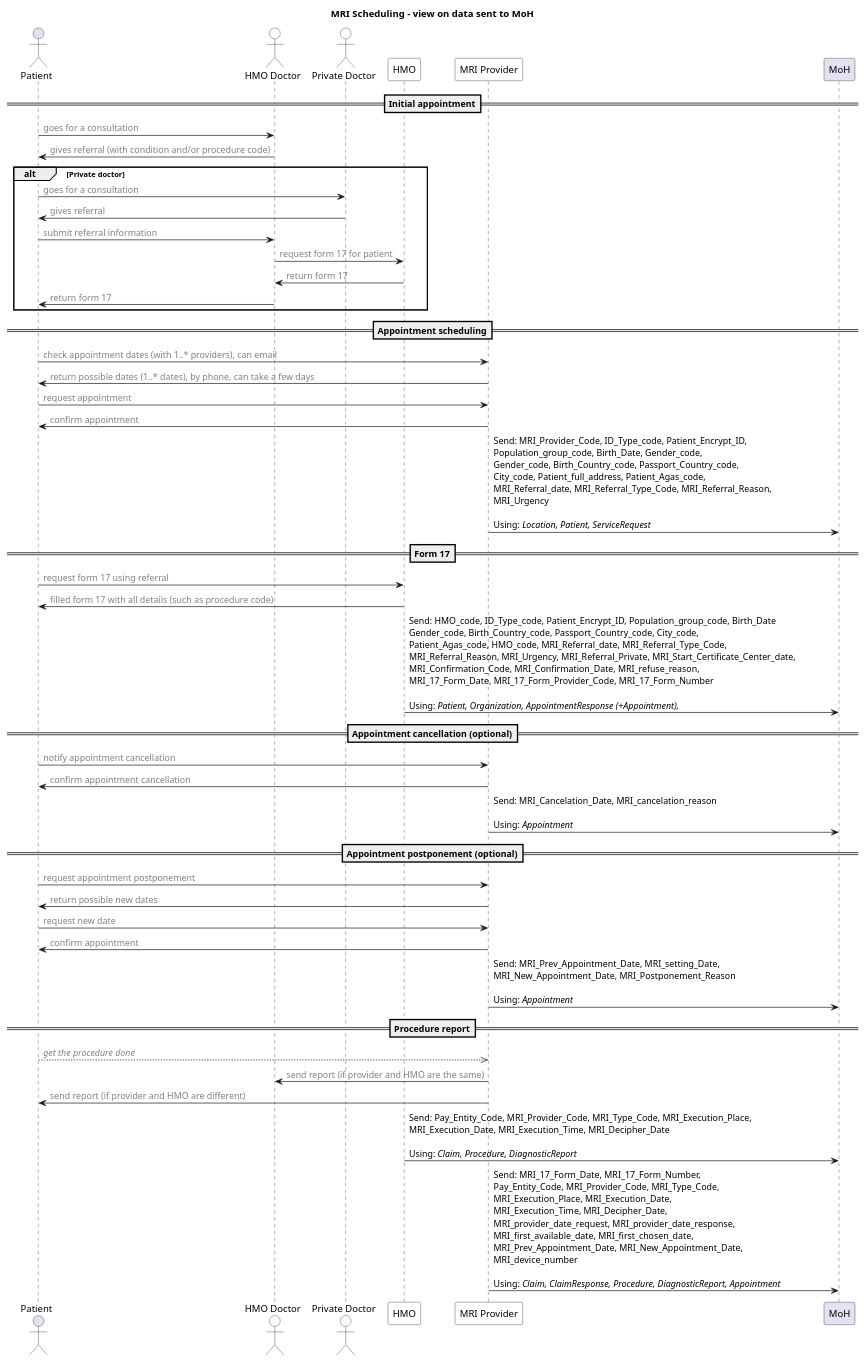
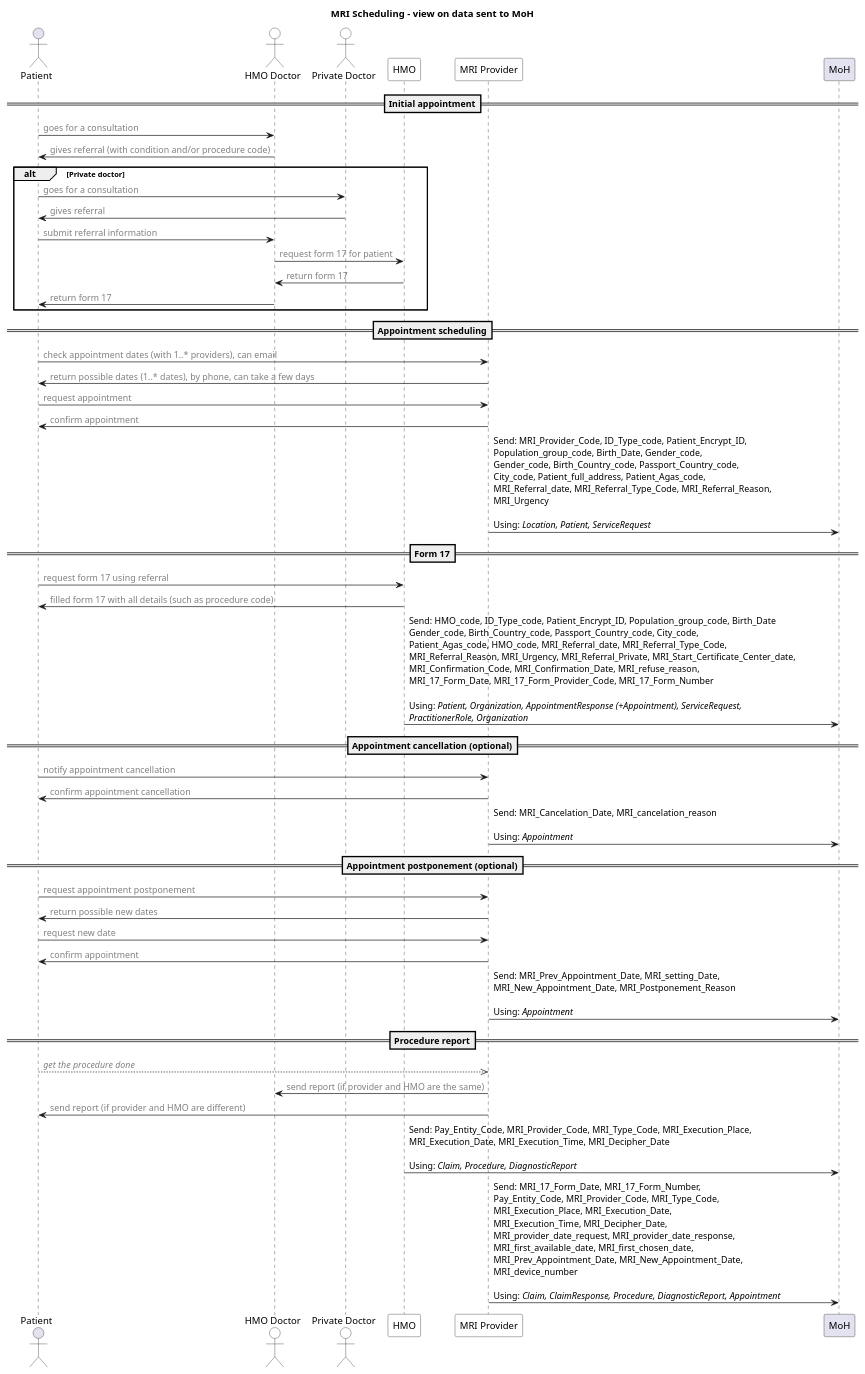
The diagram in input/images-source/workflow-with-moh.plantuml (vadi2/MRI-Scheduling), drawn with PlantUML before and after one commit.

Commit message:
Update workflow diagram for MRI_Referral_Private

```diff
--- a/input/images-source/workflow-with-moh.plantuml
+++ b/input/images-source/workflow-with-moh.plantuml
@@ -1,65 +1,65 @@
 @startuml
 'editable with https://planttext.com
 'see documentation at https://plantuml.com/sequence-diagram
 
 title "MRI Scheduling - view on data sent to MoH"
 
 actor Patient
 actor "HMO Doctor" #white
 actor "Private Doctor" #white
 participant HMO #white 
 participant "MRI Provider" #white
 participant MoH
 
 == Initial appointment==
 Patient -> "HMO Doctor": <color #grey>goes for a consultation
 "HMO Doctor" -> Patient: <color #grey>gives referral (with condition and/or procedure code)
 
 alt Private doctor 
     Patient -> "Private Doctor": <color #grey>goes for a consultation
     "Private Doctor" -> Patient: <color #grey>gives referral
 
     Patient -> "HMO Doctor": <color #grey>submit referral information
     "HMO Doctor" -> HMO: <color #grey>request form 17 for patient
     HMO -> "HMO Doctor": <color #grey>return form 17
     "HMO Doctor" -> Patient: <color #grey>return form 17
 end
 
 == Appointment scheduling==
 Patient -> "MRI Provider": <color #grey>check appointment dates (with 1..* providers), can email
 "MRI Provider" -> Patient: <color #grey>return possible dates (1..* dates), by phone, can take a few days
 Patient -> "MRI Provider": <color #grey>request appointment
 "MRI Provider" -> Patient: <color #grey>confirm appointment
 
 "MRI Provider" -> MoH: Send: MRI_Provider_Code, ID_Type_code, Patient_Encrypt_ID, \nPopulation_group_code, Birth_Date, Gender_code, \nGender_code, Birth_Country_code, Passport_Country_code, \nCity_code, Patient_full_address, Patient_Agas_code, \nMRI_Referral_date, MRI_Referral_Type_Code, MRI_Referral_Reason, \nMRI_Urgency\n\nUsing: //Location, Patient, ServiceRequest//
 
 == Form 17==
 Patient -> HMO: <color #grey>request form 17 using referral
 HMO -> Patient: <color #grey>filled form 17 with all details (such as procedure code)
 
-HMO -> MoH: Send: HMO_code, ID_Type_code, Patient_Encrypt_ID, Population_group_code, Birth_Date \nGender_code, Birth_Country_code, Passport_Country_code, City_code, \nPatient_Agas_code, HMO_code, MRI_Referral_date, MRI_Referral_Type_Code, \nMRI_Referral_Reason, MRI_Urgency, MRI_Referral_Private, MRI_Start_Certificate_Center_date,  \nMRI_Confirmation_Code, MRI_Confirmation_Date, MRI_refuse_reason, \nMRI_17_Form_Date, MRI_17_Form_Provider_Code, MRI_17_Form_Number \n\nUsing: //Patient, Organization, AppointmentResponse (+Appointment), //
+HMO -> MoH: Send: HMO_code, ID_Type_code, Patient_Encrypt_ID, Population_group_code, Birth_Date \nGender_code, Birth_Country_code, Passport_Country_code, City_code, \nPatient_Agas_code, HMO_code, MRI_Referral_date, MRI_Referral_Type_Code, \nMRI_Referral_Reason, MRI_Urgency, MRI_Referral_Private, MRI_Start_Certificate_Center_date,  \nMRI_Confirmation_Code, MRI_Confirmation_Date, MRI_refuse_reason, \nMRI_17_Form_Date, MRI_17_Form_Provider_Code, MRI_17_Form_Number \n\nUsing: //Patient, Organization, AppointmentResponse (+Appointment), ServiceRequest,//\n//PractitionerRole, Organization //
 
 == Appointment cancellation (optional)==
 Patient -> "MRI Provider": <color #grey>notify appointment cancellation
 "MRI Provider" -> Patient: <color #grey>confirm appointment cancellation
 
 "MRI Provider" -> MoH: Send: MRI_Cancelation_Date, MRI_cancelation_reason \n\nUsing: //Appointment//
 
 == Appointment postponement (optional)==
 Patient -> "MRI Provider": <color #grey>request appointment postponement
 "MRI Provider" -> Patient: <color #grey>return possible new dates
 Patient -> "MRI Provider": <color #grey>request new date
 "MRI Provider" -> Patient: <color #grey>confirm appointment
 
 "MRI Provider" -> MoH: Send: MRI_Prev_Appointment_Date, MRI_setting_Date, \nMRI_New_Appointment_Date, MRI_Postponement_Reason \n\nUsing: //Appointment//
 
 == Procedure report==
 Patient -->> "MRI Provider": <color #grey>//get the procedure done//
 "MRI Provider" -> "HMO Doctor": <color #grey>send report (if provider and HMO are the same)
 "MRI Provider" -> Patient: <color #grey>send report (if provider and HMO are different)
 
 HMO -> MoH: Send: Pay_Entity_Code, MRI_Provider_Code, MRI_Type_Code, MRI_Execution_Place, \nMRI_Execution_Date, MRI_Execution_Time, MRI_Decipher_Date \n\nUsing: //Claim, Procedure, DiagnosticReport//
 
 "MRI Provider" -> MoH: Send: MRI_17_Form_Date, MRI_17_Form_Number, \nPay_Entity_Code, MRI_Provider_Code, MRI_Type_Code, \nMRI_Execution_Place, MRI_Execution_Date, \nMRI_Execution_Time, MRI_Decipher_Date, \nMRI_provider_date_request, MRI_provider_date_response, \nMRI_first_available_date, MRI_first_chosen_date, \nMRI_Prev_Appointment_Date, MRI_New_Appointment_Date, \nMRI_device_number  \n\nUsing: //Claim, ClaimResponse, Procedure, DiagnosticReport, Appointment//
 
 @enduml
```
